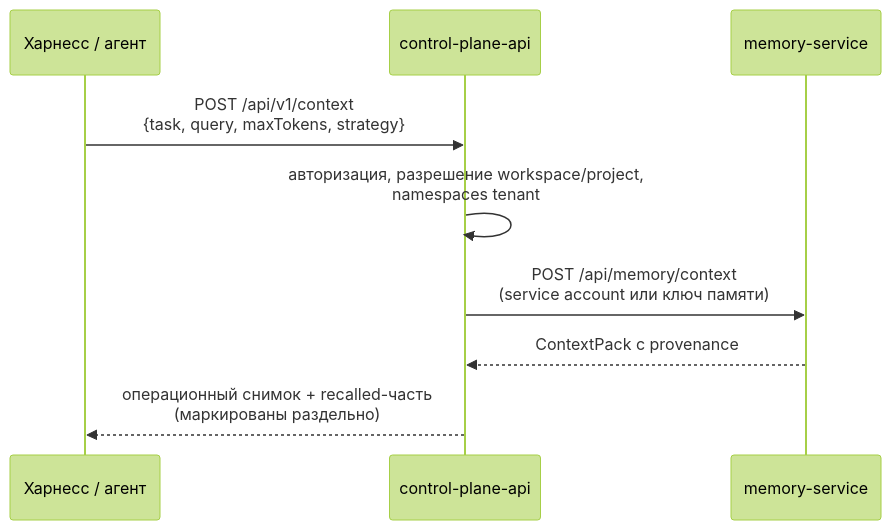
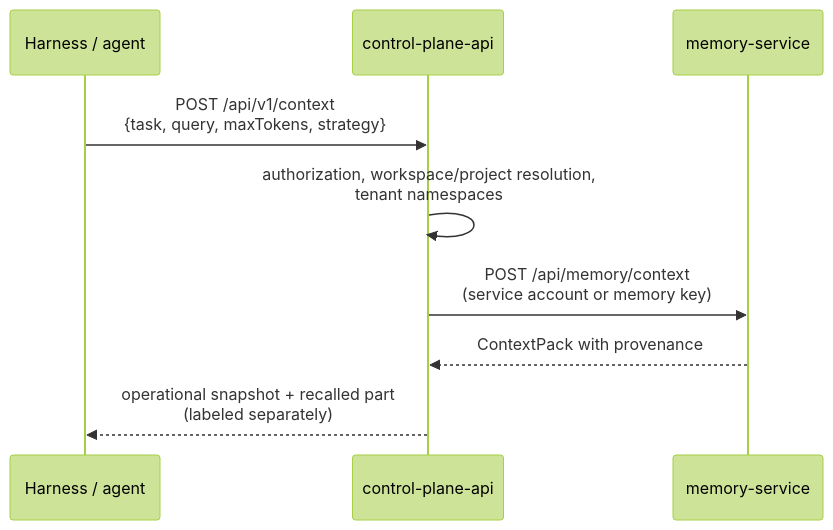
One commit to monthu56/taimen changed the fourth of 5 diagrams in guide/docs/overview/architecture.md. Above: the diagram before and after it, drawn with Mermaid (forest theme). The commit also changed other lines of this file and 183 other files, not shown here.

````diff
--- a/guide/docs/overview/architecture.md
+++ b/guide/docs/overview/architecture.md
@@ -192,11 +194,11 @@
 ```mermaid
 sequenceDiagram
-    participant H as Харнесс / агент
+    participant H as Harness / agent
     participant CP as control-plane-api
     participant M as memory-service
     H->>CP: POST /api/v1/context<br/>{task, query, maxTokens, strategy}
-    CP->>CP: авторизация, разрешение workspace/project,<br/>namespaces tenant
-    CP->>M: POST /api/memory/context<br/>(service account или ключ памяти)
-    M-->>CP: ContextPack с provenance
-    CP-->>H: операционный снимок + recalled-часть<br/>(маркированы раздельно)
+    CP->>CP: authorization, workspace/project resolution,<br/>tenant namespaces
+    CP->>M: POST /api/memory/context<br/>(service account or memory key)
+    M-->>CP: ContextPack with provenance
+    CP-->>H: operational snapshot + recalled part<br/>(labeled separately)
 ```
````
